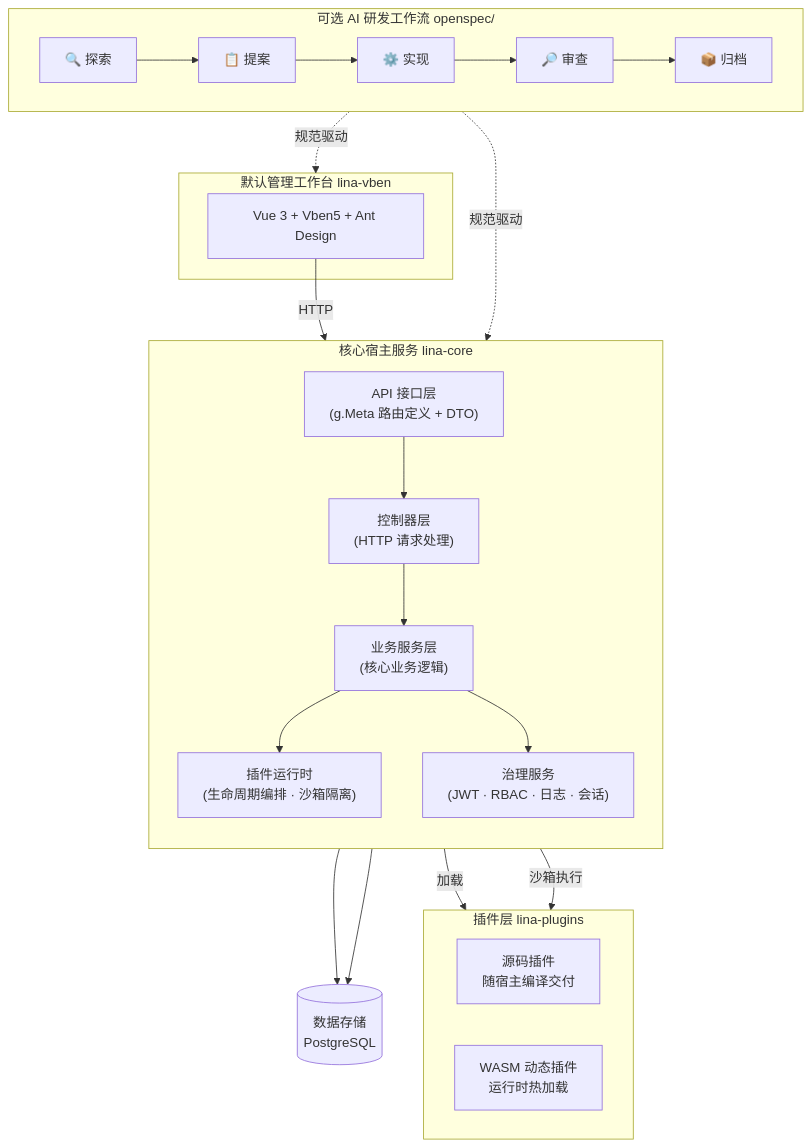
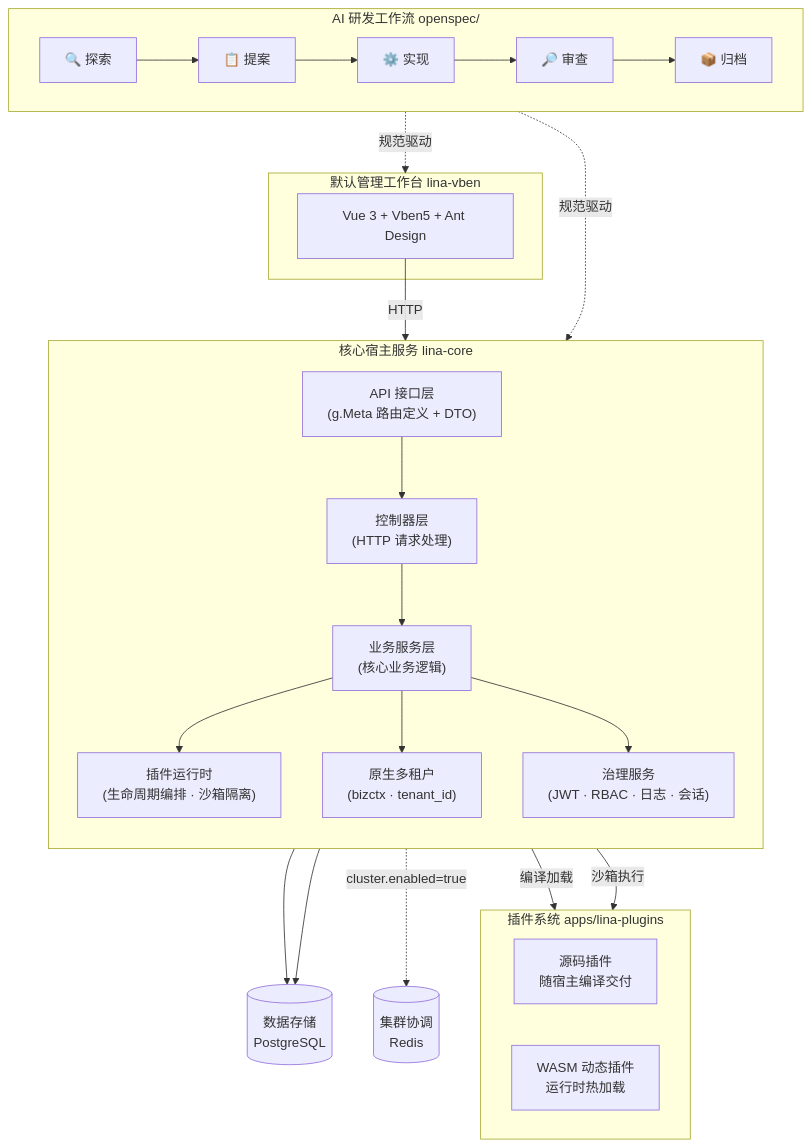
Before and after one commit to linaproai/linapro: the diagram in README.zh-CN.md, drawn with Mermaid. The commit also changed 41 other files, not shown here.

````diff
--- a/README.zh-CN.md
+++ b/README.zh-CN.md
@@ -43,39 +43,43 @@
 ```mermaid
 graph TB
-    subgraph Workflow["可选 AI 研发工作流  openspec/"]
+    subgraph Workflow["AI 研发工作流  openspec/"]
         direction LR
         Explore["🔍 探索"] --> Propose["📋 提案"] --> Implement["⚙️ 实现"] --> Review["🔎 审查"] --> Archive["📦 归档"]
     end
 
     subgraph Frontend["默认管理工作台  lina-vben"]
         UI["Vue 3 + Vben5 + Ant Design"]
     end
 
     subgraph Host["核心宿主服务  lina-core"]
         direction TB
         API["API 接口层\n(g.Meta 路由定义 + DTO)"]
         Ctrl["控制器层\n(HTTP 请求处理)"]
         Svc["业务服务层\n(核心业务逻辑)"]
         Plugin["插件运行时\n(生命周期编排 · 沙箱隔离)"]
+        Tenant["原生多租户\n(bizctx · tenant_id)"]
         Gov["治理服务\n(JWT · RBAC · 日志 · 会话)"]
         API --> Ctrl --> Svc
         Svc --> Plugin
+        Svc --> Tenant
         Svc --> Gov
     end
 
-    subgraph Plugins["插件层  lina-plugins"]
+    subgraph Plugins["插件系统  apps/lina-plugins"]
         direction LR
         Source["源码插件\n随宿主编译交付"]
         Dynamic["WASM 动态插件\n运行时热加载"]
     end
 
     DB[("数据存储\nPostgreSQL")]
+    Redis[("集群协调\nRedis")]
 
     Workflow -.->|规范驱动| Frontend
     Workflow -.->|规范驱动| Host
     UI -->|HTTP| API
-    Plugin -->|加载| Source
+    Plugin -->|编译加载| Source
     Plugin -->|沙箱执行| Dynamic
     Svc --> DB
     Gov --> DB
+    Svc -.->|cluster.enabled=true| Redis
 ```
````
